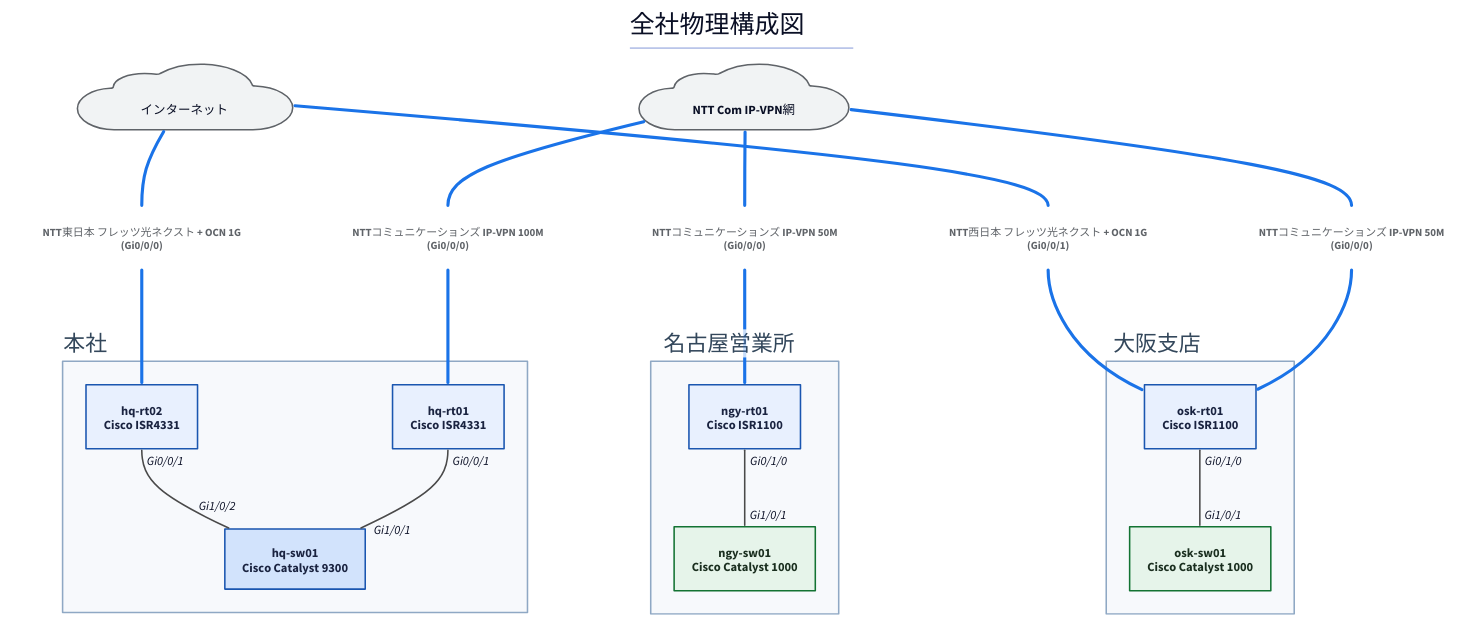
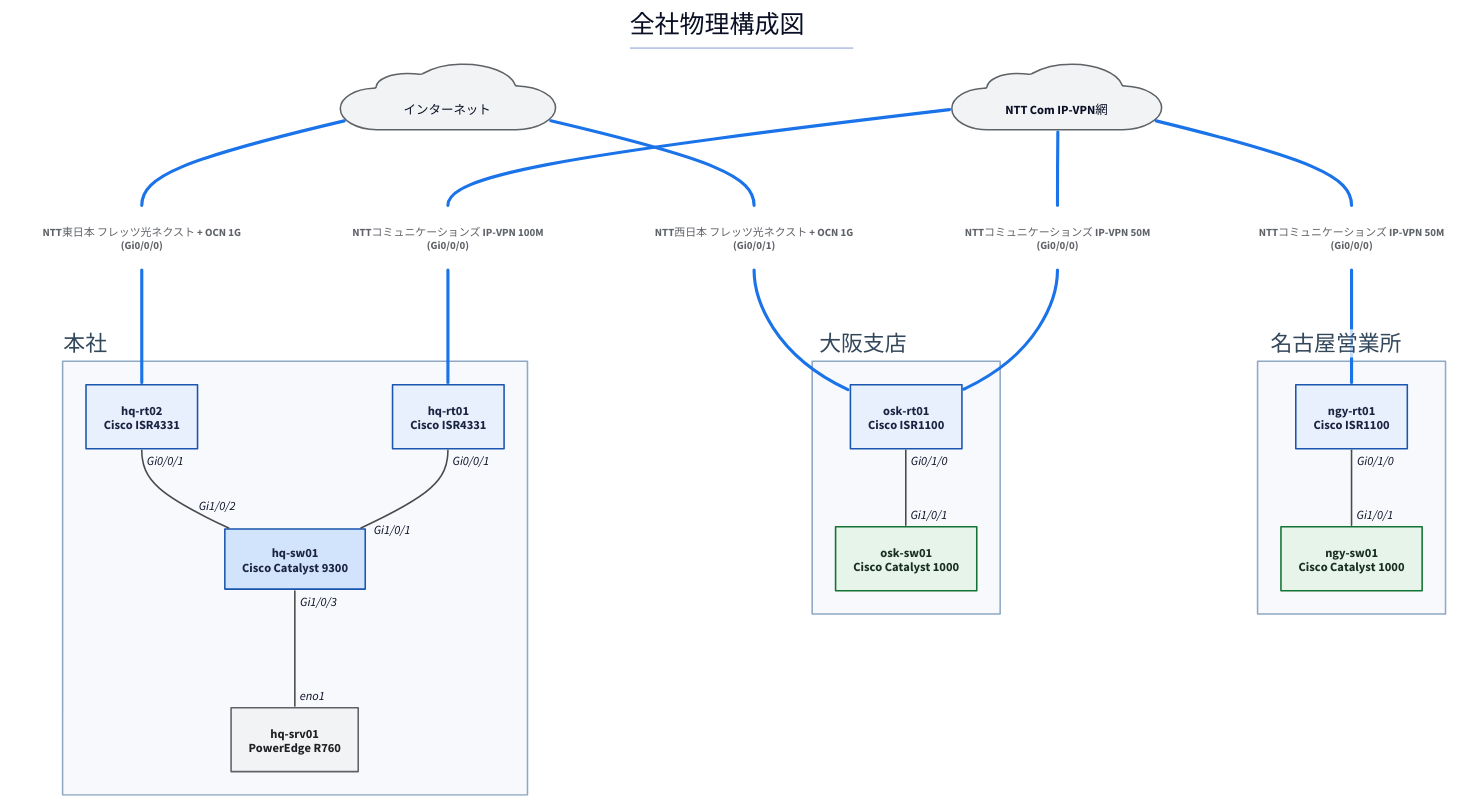
The diagram in examples/sample-corp/generated/physical-all.d2 (thinas1115/nwdsl), drawn with D2 before and after one commit. The commit also changed 40 other files, not shown here.

First line of the commit message:
論理図でセグメント配下の端末を入れ子表示する機能を追加 (ADR-0009)

```diff
--- a/examples/sample-corp/generated/physical-all.d2
+++ b/examples/sample-corp/generated/physical-all.d2
@@ -1,68 +1,70 @@
 title: |md
   # 全社物理構成図
 | {near: top-center}
 direction: down
 
 classes: {
   role-router: {style.fill: "#e8f0fe"; style.stroke: "#1a56b0"; style.font-color: "#1a2340"}
   role-l3switch: {style.fill: "#d2e3fc"; style.stroke: "#1a56b0"; style.font-color: "#1a2340"}
   role-l2switch: {style.fill: "#e6f4ea"; style.stroke: "#137333"; style.font-color: "#1a2e1f"}
   role-firewall: {style.fill: "#fce8e6"; style.stroke: "#c5221f"; style.font-color: "#3c1a19"}
   role-other: {style.fill: "#f1f3f4"; style.stroke: "#5f6368"; style.font-color: "#202124"}
   node-cloud: {shape: cloud; style.fill: "#f1f3f4"; style.stroke: "#5f6368"}
   node-site: {style.fill: "#fff8e1"; style.stroke: "#b58105"; style.font-color: "#4a3a08"}
   node-segment: {style.fill: "#e2f5f0"; style.stroke: "#0f766e"; style.font-color: "#0b3d38"; style.border-radius: 12}
   node-external: {style.fill: "#ffffff"; style.stroke: "#9aa0a6"; style.stroke-dash: 3}
   group-site: {style.fill: "#f7f9fc"; style.stroke: "#8fa8c4"; style.font-color: "#33475b"}
   edge-label: {style.fill: "transparent"; style.stroke: "transparent"; style.font-size: 14; style.font-color: "#5f6368"; style.italic: true}
   edge-lan-cable: {style.stroke: "#4a4a4a"; style.stroke-width: 2}
   edge-wan-circuit: {style.stroke: "#1a73e8"; style.stroke-width: 4}
   edge-tunnel: {style.stroke: "#7b1fa2"; style.stroke-width: 2; style.stroke-dash: 5}
   edge-logical: {style.stroke: "#188038"; style.stroke-width: 2; style.stroke-dash: 3}
   edge-segment: {style.stroke: "#0f766e"; style.stroke-width: 1}
 }
 
 s_hq: "本社" {
   class: group-site
   label.near: outside-top-left
   n_hq_rt01: "hq-rt01\nCisco ISR4331" {class: role-router}
   n_hq_sw01: "hq-sw01\nCisco Catalyst 9300" {class: role-l3switch; width: 180}
   n_hq_rt02: "hq-rt02\nCisco ISR4331" {class: role-router}
+  n_hq_srv01: "hq-srv01\nPowerEdge R760" {class: role-other}
 }
 
 s_osk: "大阪支店" {
   class: group-site
   label.near: outside-top-left
   n_osk_rt01: "osk-rt01\nCisco ISR1100" {class: role-router}
   n_osk_sw01: "osk-sw01\nCisco Catalyst 1000" {class: role-l2switch}
 }
 
 s_ngy: "名古屋営業所" {
   class: group-site
   label.near: outside-top-left
   n_ngy_rt01: "ngy-rt01\nCisco ISR1100" {class: role-router}
   n_ngy_sw01: "ngy-sw01\nCisco Catalyst 1000" {class: role-l2switch}
 }
 
 n_ipvpn: "　NTT Com IP-VPN網　" {class: node-cloud}
 n_internet: "　インターネット　" {class: node-cloud}
 
 s_hq.n_hq_rt01 -- s_hq.n_hq_sw01 {class: edge-lan-cable; source-arrowhead.label: "Gi0/0/1"; target-arrowhead.label: "Gi1/0/1"}
 s_hq.n_hq_rt02 -- s_hq.n_hq_sw01 {class: edge-lan-cable; source-arrowhead.label: "Gi0/0/1"; target-arrowhead.label: "Gi1/0/2"}
 s_osk.n_osk_rt01 -- s_osk.n_osk_sw01 {class: edge-lan-cable; source-arrowhead.label: "Gi0/1/0"; target-arrowhead.label: "Gi1/0/1"}
 s_ngy.n_ngy_rt01 -- s_ngy.n_ngy_sw01 {class: edge-lan-cable; source-arrowhead.label: "Gi0/1/0"; target-arrowhead.label: "Gi1/0/1"}
-lbl_4: "NTTコミュニケーションズ IP-VPN 100M\n(Gi0/0/0)" {class: edge-label}
-n_ipvpn -- lbl_4 {class: edge-wan-circuit}
-lbl_4 -- s_hq.n_hq_rt01 {class: edge-wan-circuit}
-lbl_5: "NTTコミュニケーションズ IP-VPN 50M\n(Gi0/0/0)" {class: edge-label}
+s_hq.n_hq_sw01 -- s_hq.n_hq_srv01 {class: edge-lan-cable; source-arrowhead.label: "Gi1/0/3"; target-arrowhead.label: "eno1"}
+lbl_5: "NTTコミュニケーションズ IP-VPN 100M\n(Gi0/0/0)" {class: edge-label}
 n_ipvpn -- lbl_5 {class: edge-wan-circuit}
-lbl_5 -- s_osk.n_osk_rt01 {class: edge-wan-circuit}
+lbl_5 -- s_hq.n_hq_rt01 {class: edge-wan-circuit}
 lbl_6: "NTTコミュニケーションズ IP-VPN 50M\n(Gi0/0/0)" {class: edge-label}
 n_ipvpn -- lbl_6 {class: edge-wan-circuit}
-lbl_6 -- s_ngy.n_ngy_rt01 {class: edge-wan-circuit}
-lbl_7: "NTT東日本 フレッツ光ネクスト + OCN 1G\n(Gi0/0/0)" {class: edge-label}
-n_internet -- lbl_7 {class: edge-wan-circuit}
-lbl_7 -- s_hq.n_hq_rt02 {class: edge-wan-circuit}
-lbl_8: "NTT西日本 フレッツ光ネクスト + OCN 1G\n(Gi0/0/1)" {class: edge-label}
+lbl_6 -- s_osk.n_osk_rt01 {class: edge-wan-circuit}
+lbl_7: "NTTコミュニケーションズ IP-VPN 50M\n(Gi0/0/0)" {class: edge-label}
+n_ipvpn -- lbl_7 {class: edge-wan-circuit}
+lbl_7 -- s_ngy.n_ngy_rt01 {class: edge-wan-circuit}
+lbl_8: "NTT東日本 フレッツ光ネクスト + OCN 1G\n(Gi0/0/0)" {class: edge-label}
 n_internet -- lbl_8 {class: edge-wan-circuit}
-lbl_8 -- s_osk.n_osk_rt01 {class: edge-wan-circuit}
+lbl_8 -- s_hq.n_hq_rt02 {class: edge-wan-circuit}
+lbl_9: "NTT西日本 フレッツ光ネクスト + OCN 1G\n(Gi0/0/1)" {class: edge-label}
+n_internet -- lbl_9 {class: edge-wan-circuit}
+lbl_9 -- s_osk.n_osk_rt01 {class: edge-wan-circuit}
```
